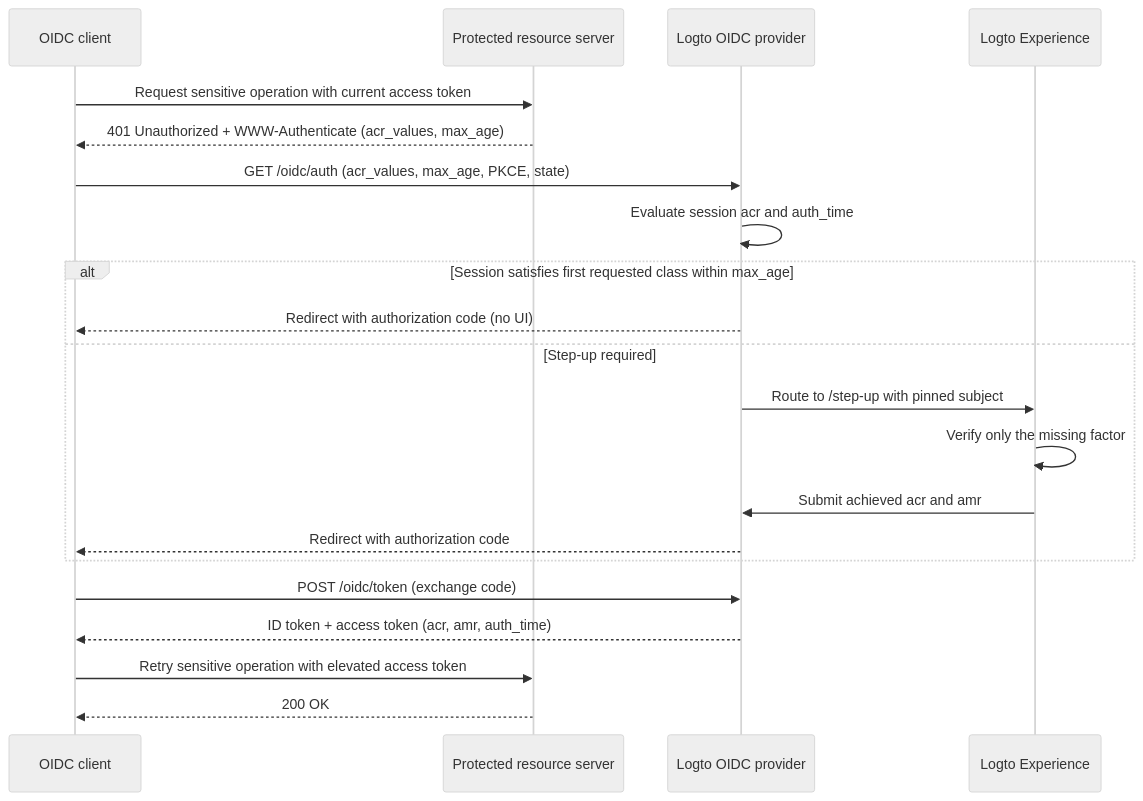
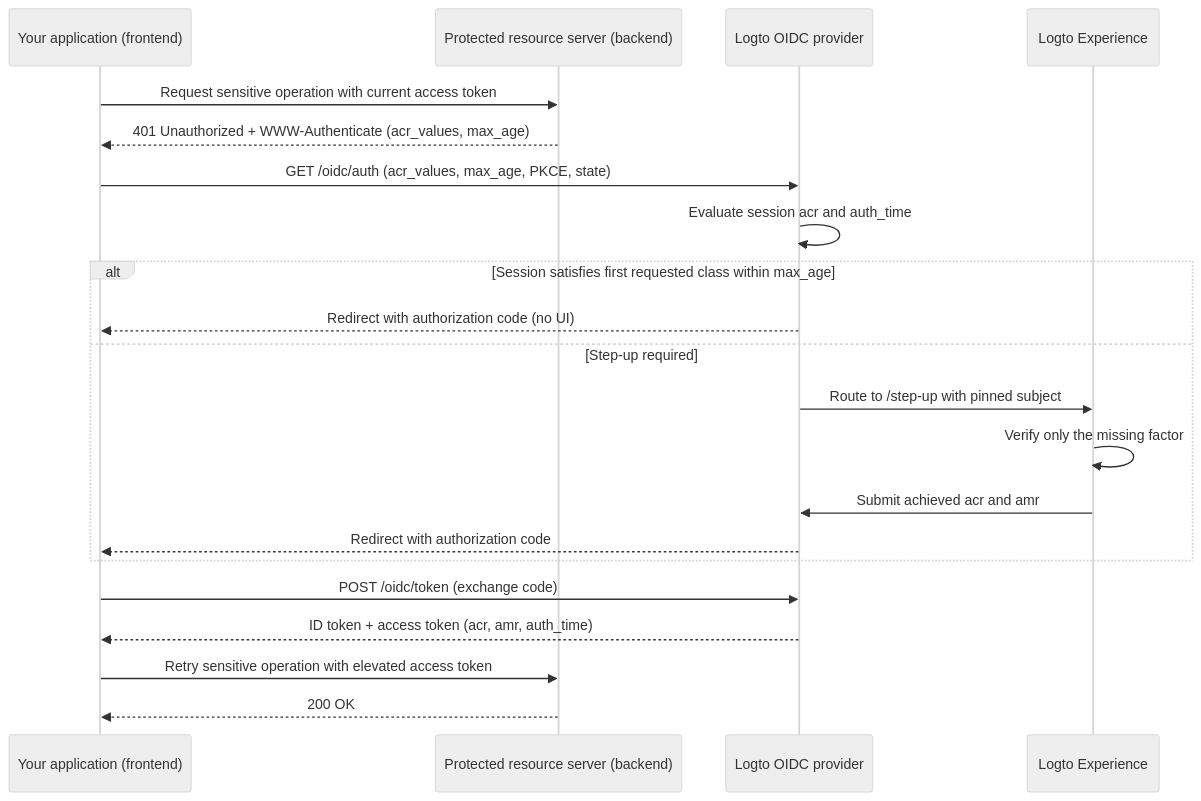
Before and after one commit to logto-io/docs: the diagram in docs/end-user-flows/step-up-authentication.mdx, drawn with Mermaid (neutral theme). The commit also changed other lines of this file, not shown here.

Commit message:
docs: clarify step-up actors and drop non-goals
Use "application" and "protected resource server" with frontend and
backend context in the flow diagram, and remove the section about
what step-up does not provide.

Amp-Thread-ID: https://ampcode.com/threads/T-01a18193-74d5-7520-a450-599c19242778

````diff
--- a/docs/end-user-flows/step-up-authentication.mdx
+++ b/docs/end-user-flows/step-up-authentication.mdx
@@ -17,24 +17,24 @@
 ```mermaid
 sequenceDiagram
-  participant Client as OIDC client
-  participant RS as Protected resource server
+  participant App as Your application (frontend)
+  participant API as Protected resource server (backend)
   participant OP as Logto OIDC provider
   participant UX as Logto Experience
 
-  Client->>RS: Request sensitive operation with current access token
-  RS-->>Client: 401 Unauthorized + WWW-Authenticate (acr_values, max_age)
-  Client->>OP: GET /oidc/auth (acr_values, max_age, PKCE, state)
+  App->>API: Request sensitive operation with current access token
+  API-->>App: 401 Unauthorized + WWW-Authenticate (acr_values, max_age)
+  App->>OP: GET /oidc/auth (acr_values, max_age, PKCE, state)
   OP->>OP: Evaluate session acr and auth_time
   alt Session satisfies first requested class within max_age
-    OP-->>Client: Redirect with authorization code (no UI)
+    OP-->>App: Redirect with authorization code (no UI)
   else Step-up required
     OP->>UX: Route to /step-up with pinned subject
     UX->>UX: Verify only the missing factor
     UX->>OP: Submit achieved acr and amr
-    OP-->>Client: Redirect with authorization code
+    OP-->>App: Redirect with authorization code
   end
-  Client->>OP: POST /oidc/token (exchange code)
-  OP-->>Client: ID token + access token (acr, amr, auth_time)
-  Client->>RS: Retry sensitive operation with elevated access token
-  RS-->>Client: 200 OK
+  App->>OP: POST /oidc/token (exchange code)
+  OP-->>App: ID token + access token (acr, amr, auth_time)
+  App->>API: Retry sensitive operation with elevated access token
+  API-->>App: 200 OK
 ```
````
